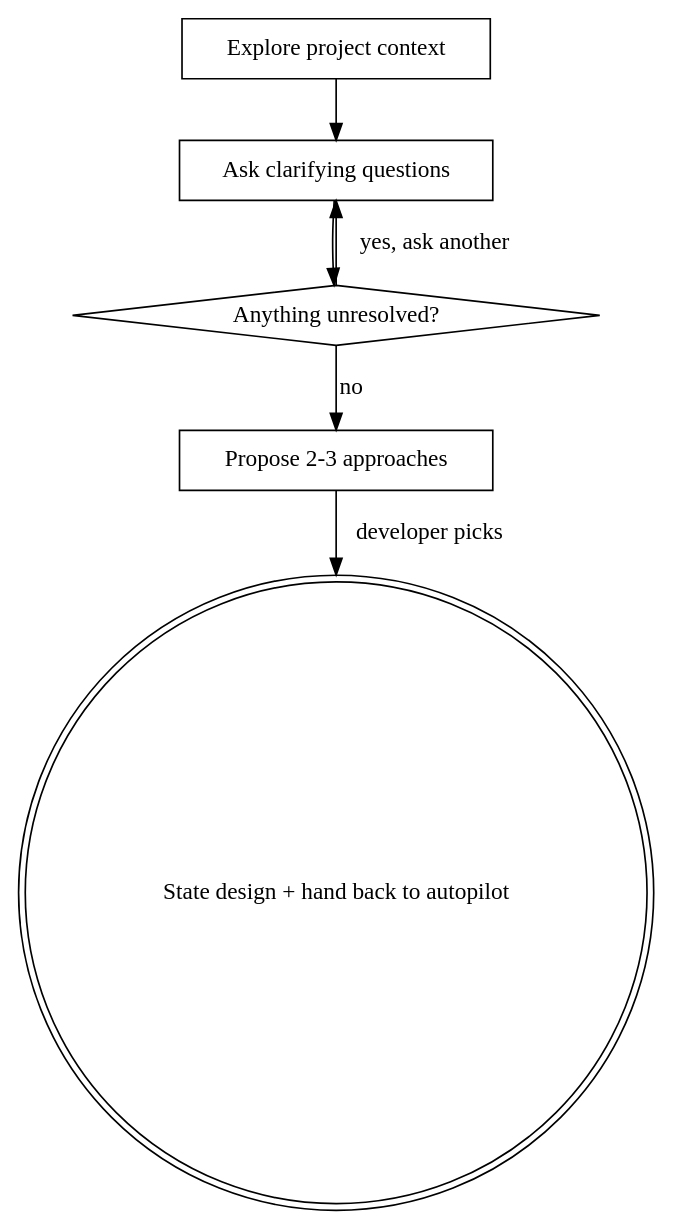
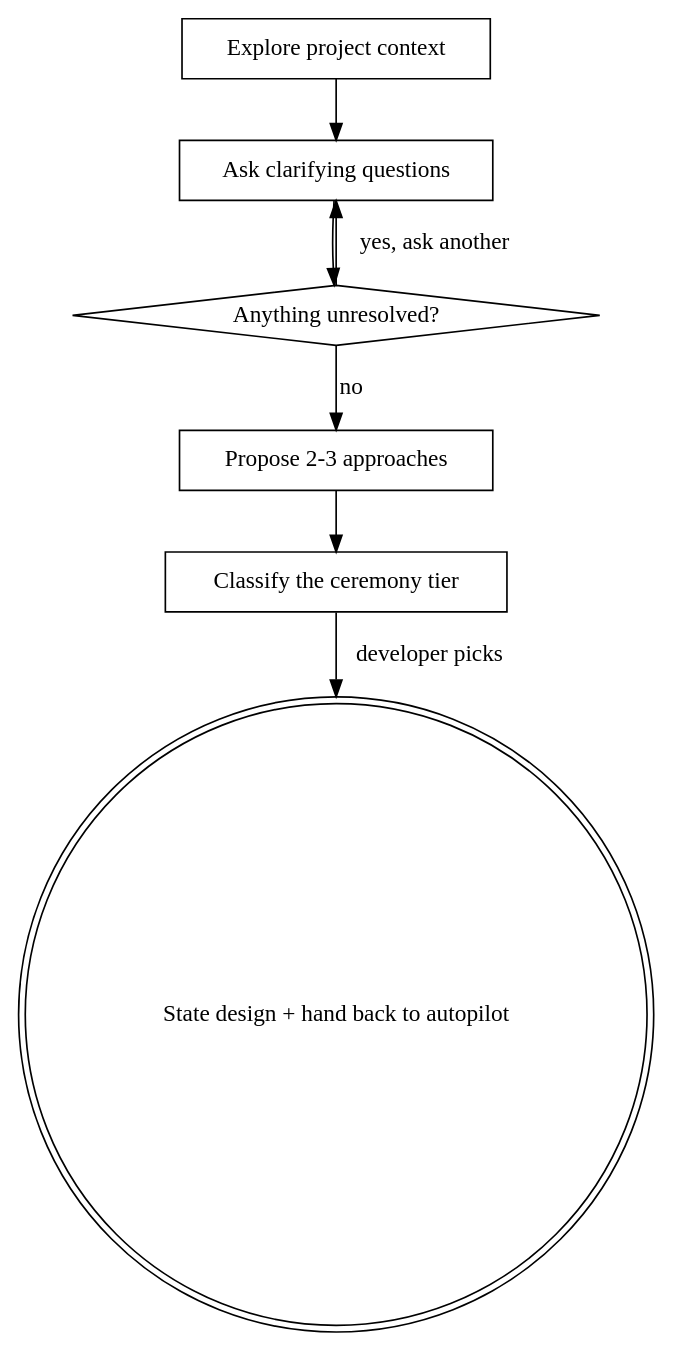
One commit to BoTime/custom_toolkit changed the diagram in plugins/autopilot/skills/autopilot-brainstorm/SKILL.md. Above: the diagram before and after it, drawn with Graphviz. The commit also changed other lines of this file and 19 other files, not shown here.

First line of the commit message:
feat(autopilot): tier ceremony to the size of the change (#36)

````diff
--- a/plugins/autopilot/skills/autopilot-brainstorm/SKILL.md
+++ b/plugins/autopilot/skills/autopilot-brainstorm/SKILL.md
@@ -49,15 +50,17 @@
 ```dot
 digraph brainstorming {
     "Explore project context" [shape=box];
     "Ask clarifying questions" [shape=box];
     "Anything unresolved?" [shape=diamond];
     "Propose 2-3 approaches" [shape=box];
+    "Classify the ceremony tier" [shape=box];
     "State design + hand back to autopilot" [shape=doublecircle];
 
     "Explore project context" -> "Ask clarifying questions";
     "Ask clarifying questions" -> "Anything unresolved?";
     "Anything unresolved?" -> "Ask clarifying questions" [label="yes, ask another"];
     "Anything unresolved?" -> "Propose 2-3 approaches" [label="no"];
-    "Propose 2-3 approaches" -> "State design + hand back to autopilot" [label="developer picks"];
+    "Propose 2-3 approaches" -> "Classify the ceremony tier";
+    "Classify the ceremony tier" -> "State design + hand back to autopilot" [label="developer picks"];
 }
 ```
````
